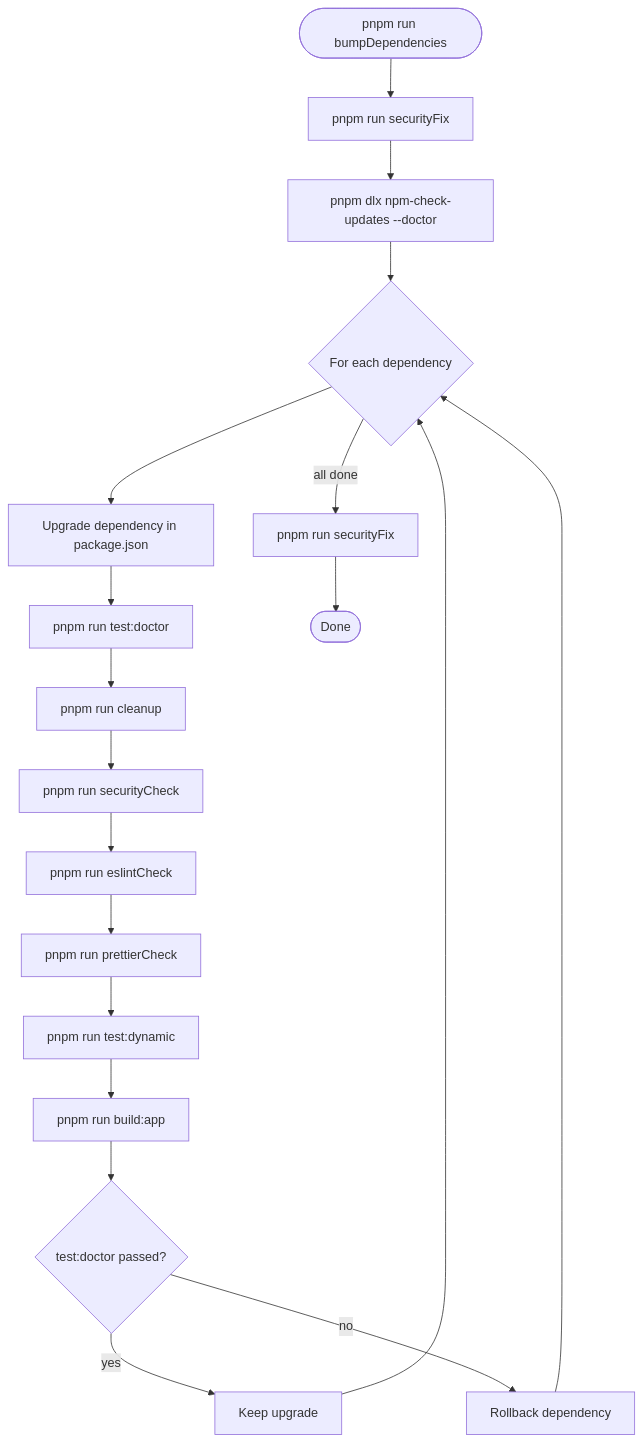
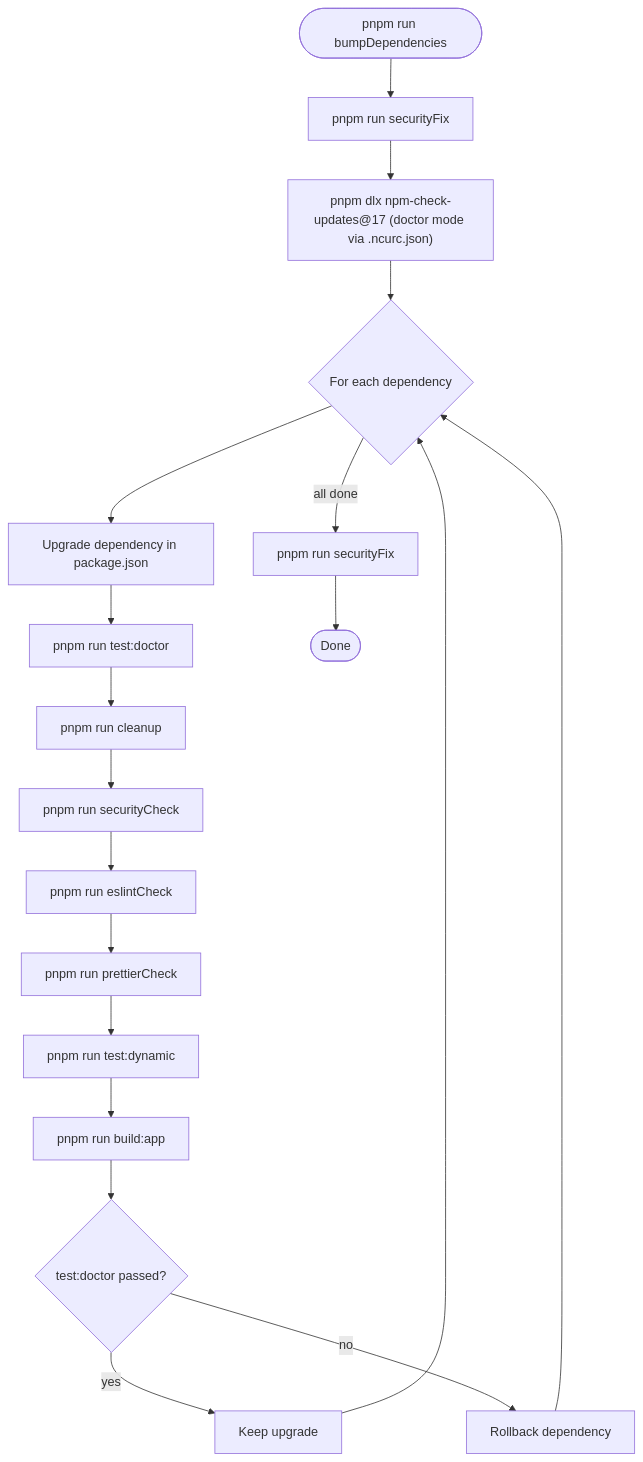
One commit to virgenherrera/nest-base changed the second of 2 diagrams in ECHO-SYSTEM.md. Above: the diagram before and after it, drawn with Mermaid. The commit also changed other lines of this file and 1 other file, not shown here.

````diff
--- a/ECHO-SYSTEM.md
+++ b/ECHO-SYSTEM.md
@@ -117,25 +118,25 @@
 ```mermaid
 flowchart TD
     A([pnpm run bumpDependencies]) --> B[pnpm run securityFix]
-    B --> C[pnpm dlx npm-check-updates --doctor]
+    B --> C["pnpm dlx npm-check-updates@17 (doctor mode via .ncurc.json)"]
 
     C --> D{For each dependency}
     D --> E[Upgrade dependency in package.json]
     E --> F[pnpm run test:doctor]
 
     F --> G[pnpm run cleanup]
     G --> H[pnpm run securityCheck]
     H --> I[pnpm run eslintCheck]
     I --> J[pnpm run prettierCheck]
     J --> K[pnpm run test:dynamic]
     K --> L[pnpm run build:app]
 
     L --> M{test:doctor passed?}
     M -- yes --> N[Keep upgrade]
     M -- no --> O[Rollback dependency]
     N --> D
     O --> D
 
     D -- all done --> P[pnpm run securityFix]
     P --> Q([Done])
 ```
````
